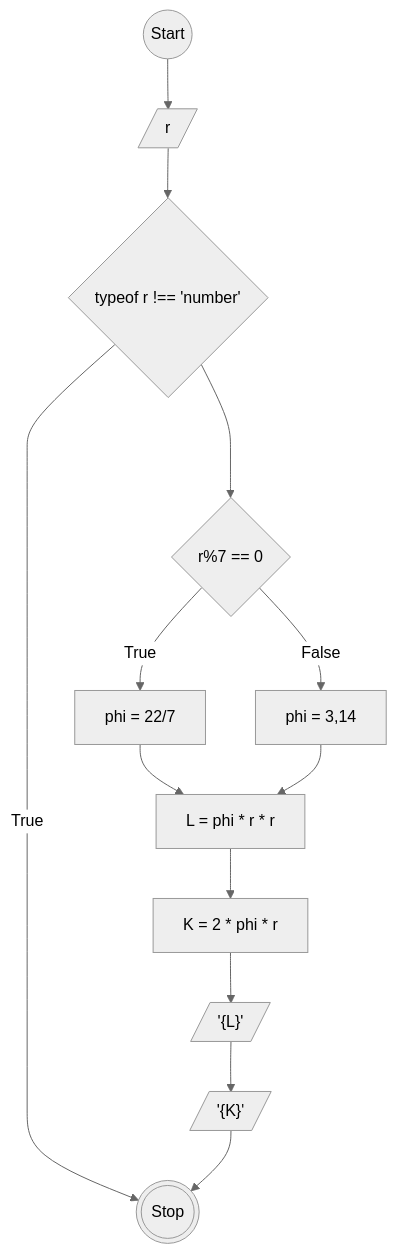
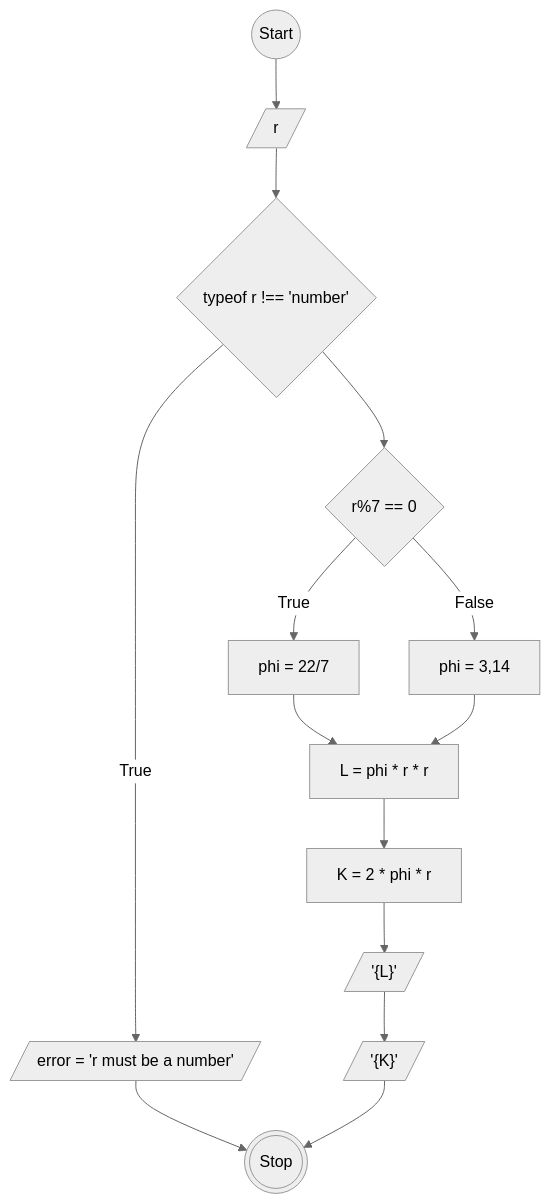
Before and after one commit to MuhamadRafliShidiq/koda-b8-javascript1: the diagram in readme.md, drawn with Mermaid (neutral theme).

````diff
--- a/readme.md
+++ b/readme.md
@@ -7,26 +7,27 @@
 ```mermaid
 
     flowchart TD
 
     a@{ shape: circle, label: "Start" }
     b@{ shape: lean-r, label: "r" }
     k@{ shape: diamond, label: "typeof r !== 'number'" }
+    l@{ shape: lean-r, label: "error = 'r must be a number'" }
     c@{ shape: diamond, label: " r%7 == 0" }
     i@{ shape: rect, label: " phi = 3,14" }
     j@{ shape: rect, label: " phi = 22/7" }
     d@{ shape: rect, label: "L = phi * r * r" }
     e@{ shape: rect, label: "K = 2 * phi * r" }
     f@{ shape: lean-r, label: "'{L}'" }
     g@{ shape: lean-r, label: "'{K}'" }
     h@{ shape: dbl-circ, label: "Stop" }
 
     a --> b --> k
-    k --True--> h
-    k ---> c
+    k --True--> l --> h
+    k --> c
     c --True--> j
     c --False--> i
 
     j --> d
     i --> d
     d --> e --> f --> g --> h
 ```
````
